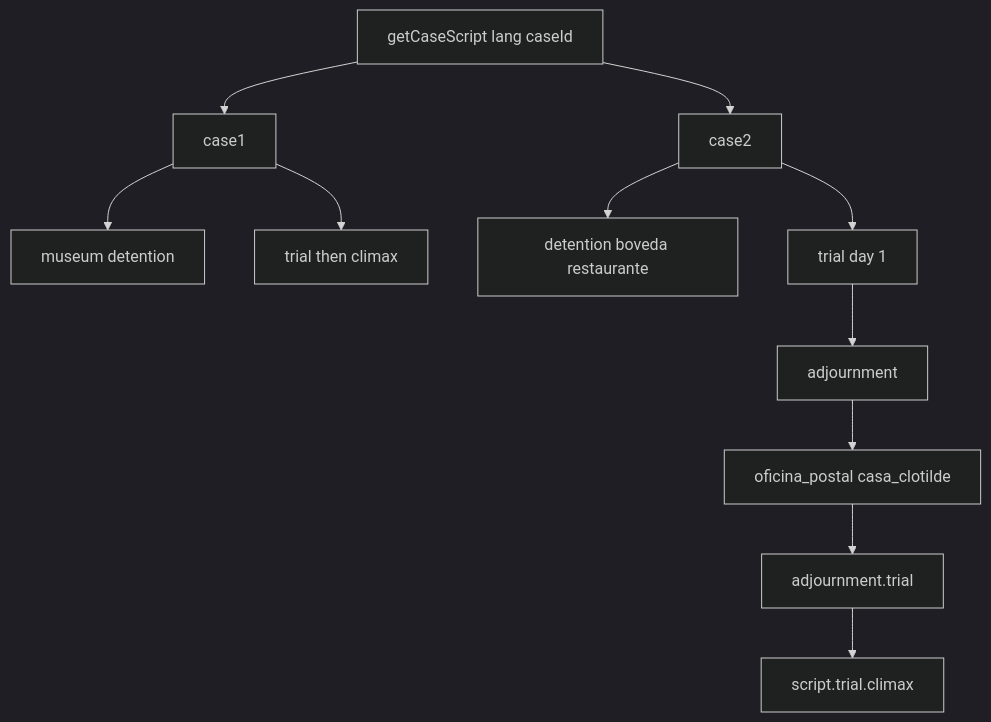
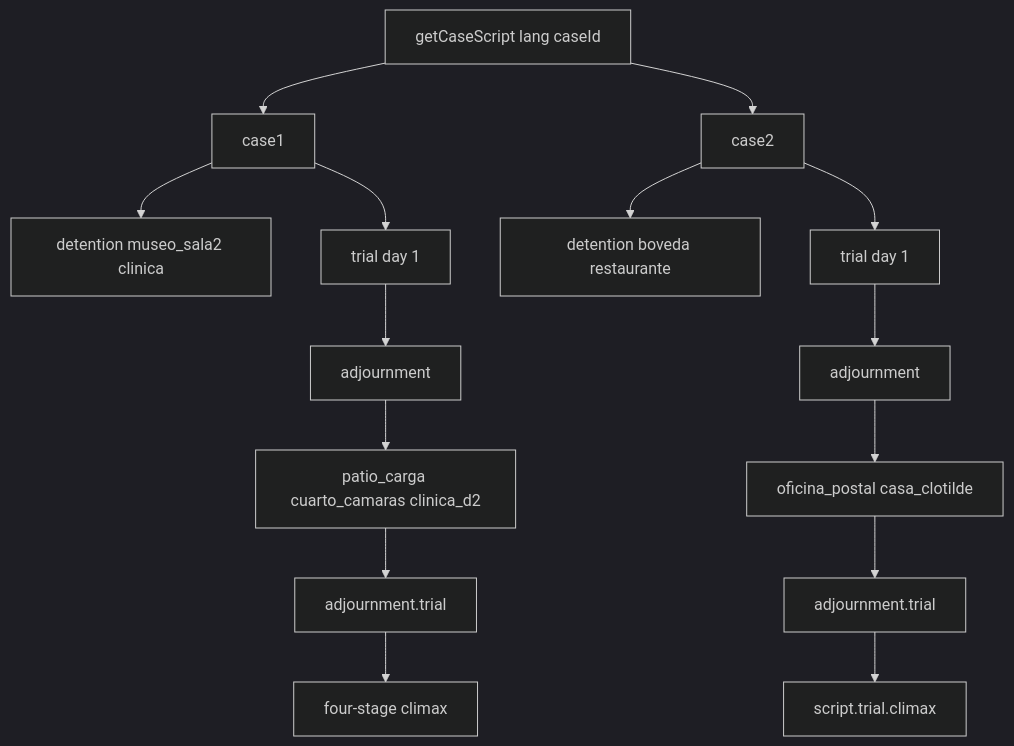
One commit to luisoncpp/aa-chapulin changed the diagram in docs/architecture/case-scripting.md. Above: the diagram before and after it, drawn with Mermaid (dark theme). The commit also changed other lines of this file and 177 other files, not shown here.

````diff
--- a/docs/architecture/case-scripting.md
+++ b/docs/architecture/case-scripting.md
@@ -11,13 +11,17 @@
 ```mermaid
 graph TD
     Facade[getCaseScript lang caseId] --> C1[case1]
     Facade --> C2[case2]
-    C1 --> Inv1[museum detention]
-    C1 --> Trial1[trial then climax]
+    C1 --> Inv1[detention museo_sala2 clinica]
+    C1 --> Day1C1[trial day 1]
+    Day1C1 --> AdjC1[adjournment]
+    AdjC1 --> Inv1b[patio_carga cuarto_camaras clinica_d2]
+    Inv1b --> Day2C1[adjournment.trial]
+    Day2C1 --> Climax1[four-stage climax]
     C2 --> Inv2[detention boveda restaurante]
     C2 --> Day1[trial day 1]
     Day1 --> Adj[adjournment]
     Adj --> Inv3[oficina_postal casa_clotilde]
     Inv3 --> Day2[adjournment.trial]
     Day2 --> Climax[script.trial.climax]
 ```
````
